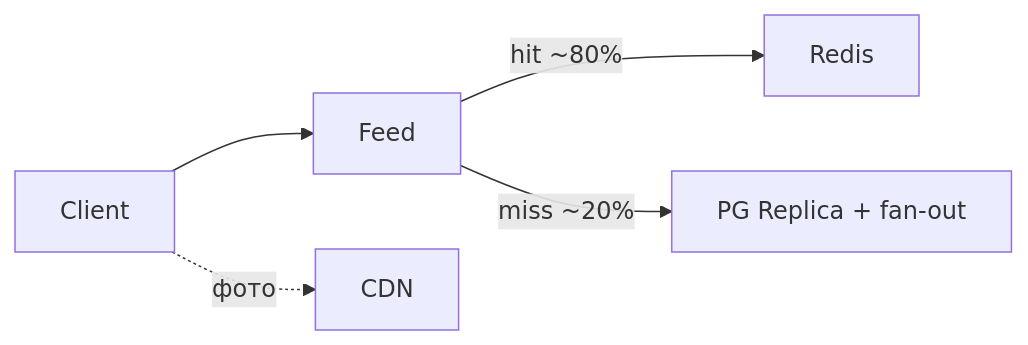
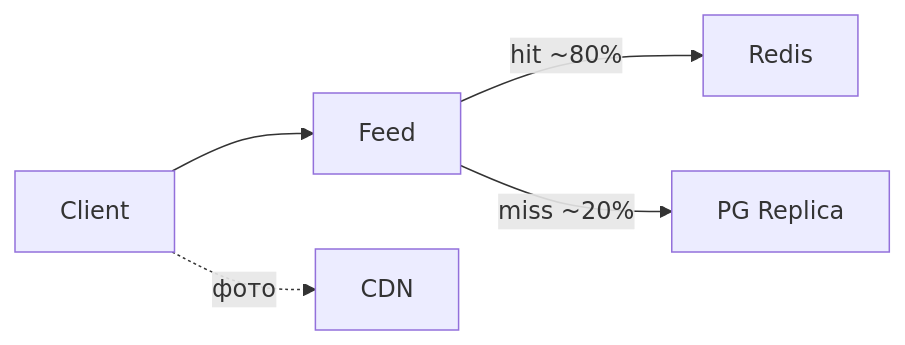
Before and after one commit to Mr-Radion/system-design-interview: the second of 2 diagrams in examples/instagram-feed.md, drawn with Mermaid. The commit also changed other lines of this file and 60 other files, not shown here.

````diff
--- a/examples/instagram-feed.md
+++ b/examples/instagram-feed.md
@@ -416,7 +136,7 @@
 ```mermaid
 flowchart LR
     Client --> Feed
     Feed -->|"hit ~80%"| Redis
-    Feed -->|"miss ~20%"| Replica["PG Replica + fan-out"]
+    Feed -->|"miss ~20%"| Replica["PG Replica"]
     Client -.->|"фото"| CDN
 ```
````
